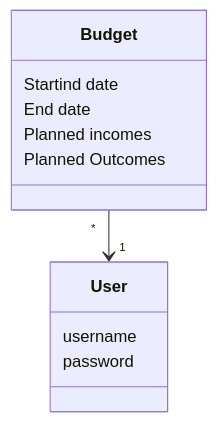
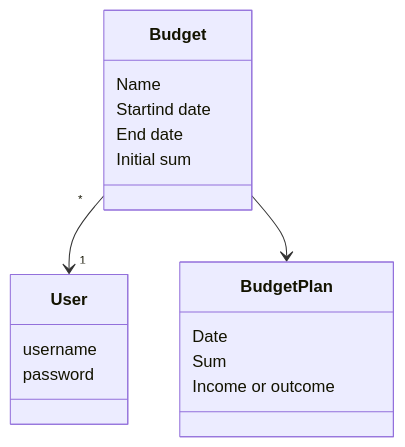
One commit to Vilivanh/ot-harjoitustyo changed the second of 5 diagrams in dokumentaatio/arkkitehtuuri.md. Above: the diagram before and after it, drawn with Mermaid.

````diff
--- a/dokumentaatio/arkkitehtuuri.md
+++ b/dokumentaatio/arkkitehtuuri.md
@@ -32,14 +32,20 @@
 ```mermaid
  classDiagram
       Budget "*" --> "1" User
+      Budget --> BudgetPlan
       class User{
           username
           password
       }
       class Budget{
+          Name
           Startind date
           End date
-          Planned incomes
-          Planned Outcomes
+          Initial sum
+      }
+      class BudgetPlan{
+          Date
+          Sum
+          Income or outcome
       }
 ```
````
